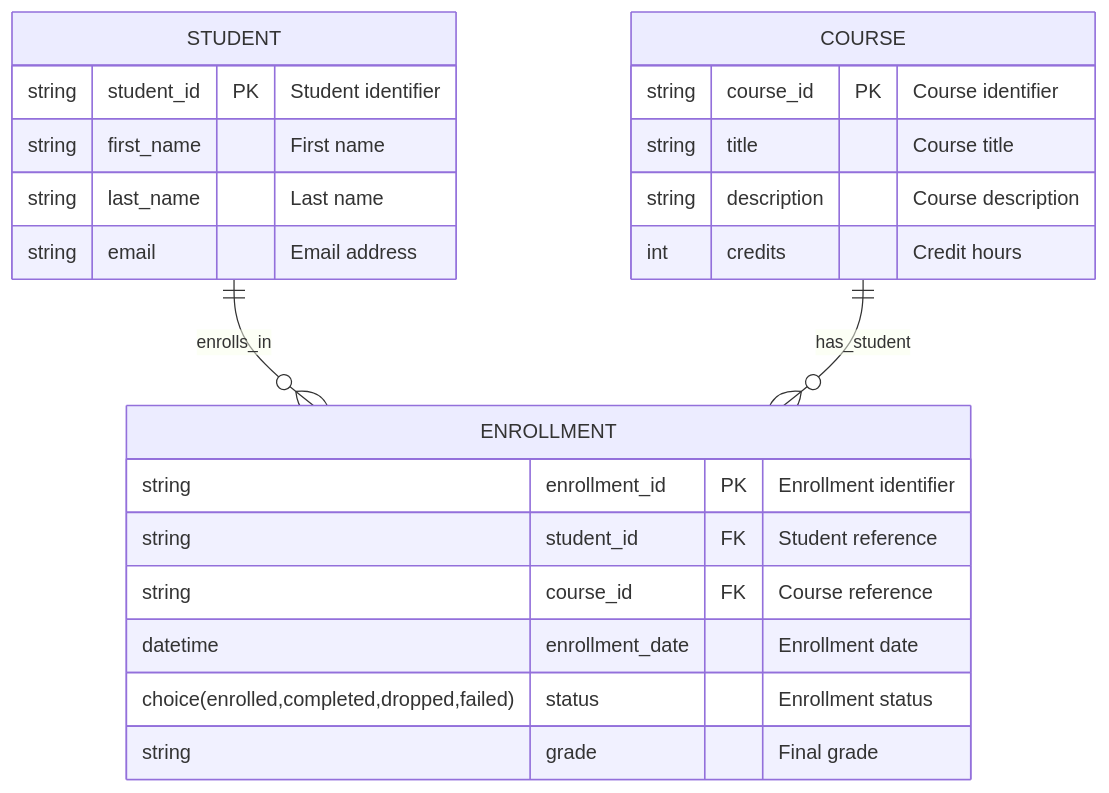
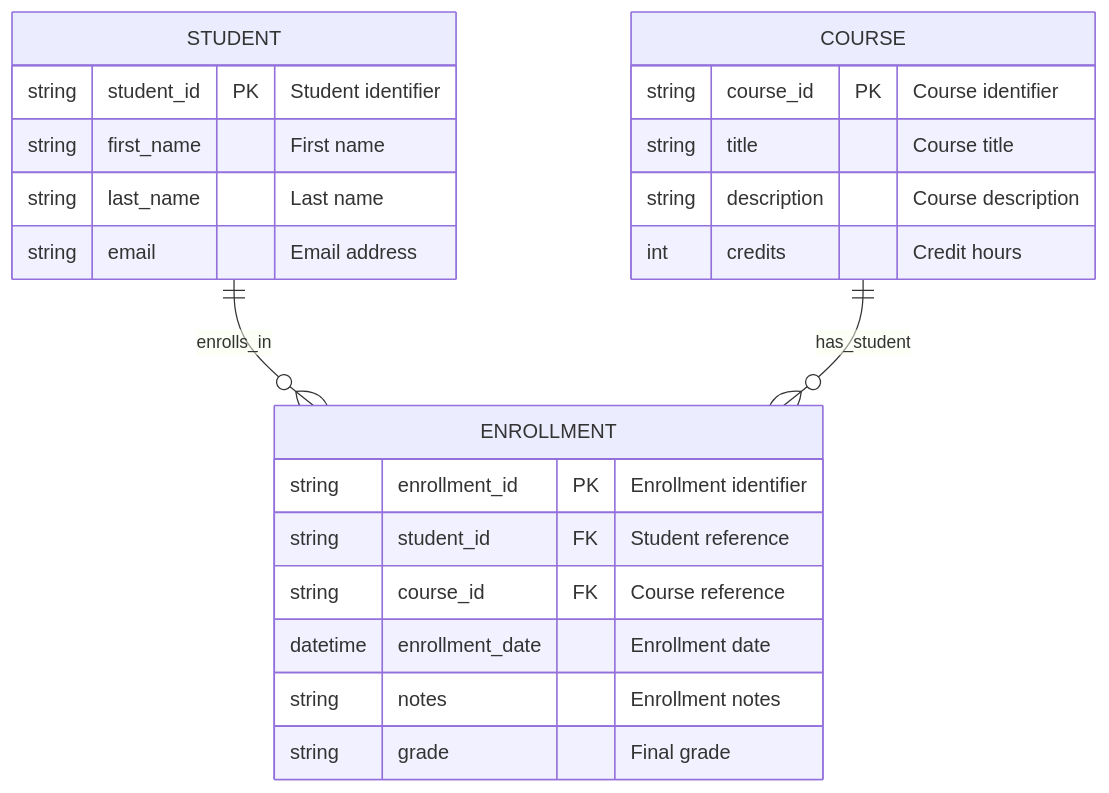
One commit to LuiseFreese/mermaid changed the fourth of 8 diagrams in docs/MERMAID-GUIDE.md. Above: the diagram before and after it, drawn with Mermaid. The commit also changed other lines of this file and 6 other files, not shown here.

````diff
--- a/docs/MERMAID-GUIDE.md
+++ b/docs/MERMAID-GUIDE.md
@@ -125,28 +125,28 @@
 ```mermaid
 erDiagram
     STUDENT {
         string student_id PK "Student identifier"
         string first_name "First name"
         string last_name "Last name"
         string email "Email address"
     }
     
     COURSE {
         string course_id PK "Course identifier"
         string title "Course title"
         string description "Course description"
         int credits "Credit hours"
     }
     
     ENROLLMENT {
         string enrollment_id PK "Enrollment identifier"
         string student_id FK "Student reference"
         string course_id FK "Course reference"
         datetime enrollment_date "Enrollment date"
-        choice(enrolled,completed,dropped,failed) status "Enrollment status"
+        string notes "Enrollment notes"
         string grade "Final grade"
     }
     
     STUDENT ||--o{ ENROLLMENT : "enrolls_in"
     COURSE ||--o{ ENROLLMENT : "has_student"
 ```
````
